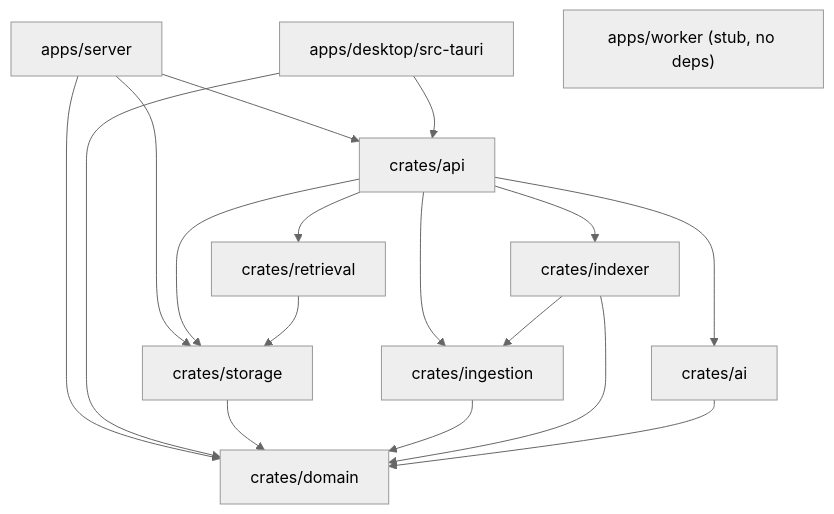
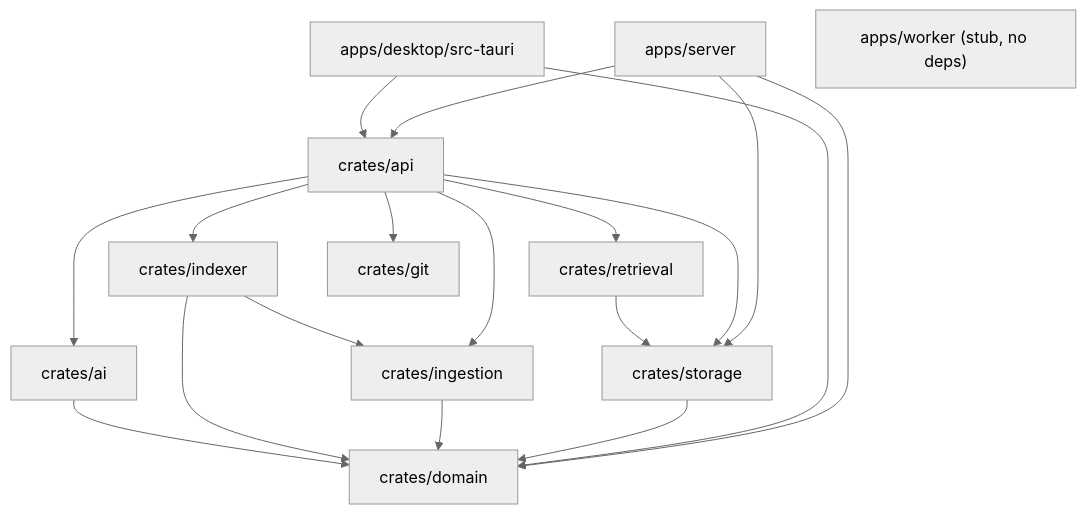
One commit to winksen/RepoMemo changed the third of 6 diagrams in mindmap/TECHNICAL_MINDMAP.md. Above: the diagram before and after it, drawn with Mermaid (neutral theme). The commit also changed other lines of this file and 27 other files, not shown here.

````diff
--- a/mindmap/TECHNICAL_MINDMAP.md
+++ b/mindmap/TECHNICAL_MINDMAP.md
@@ -91,20 +92,21 @@
 ```mermaid
 flowchart TD
   server[apps/server] --> api[crates/api]
   server --> storage
   server --> domain
   tauri[apps/desktop/src-tauri] --> api
   tauri --> domain
   worker["apps/worker (stub, no deps)"]
   api --> ai[crates/ai]
   api --> ingestion[crates/ingestion]
   api --> indexer[crates/indexer]
   api --> retrieval[crates/retrieval]
   api --> storage[crates/storage]
+  api --> git[crates/git]
   indexer --> ingestion
   retrieval --> storage
   storage --> domain[crates/domain]
   ingestion --> domain
   indexer --> domain
   ai --> domain
 ```
````
